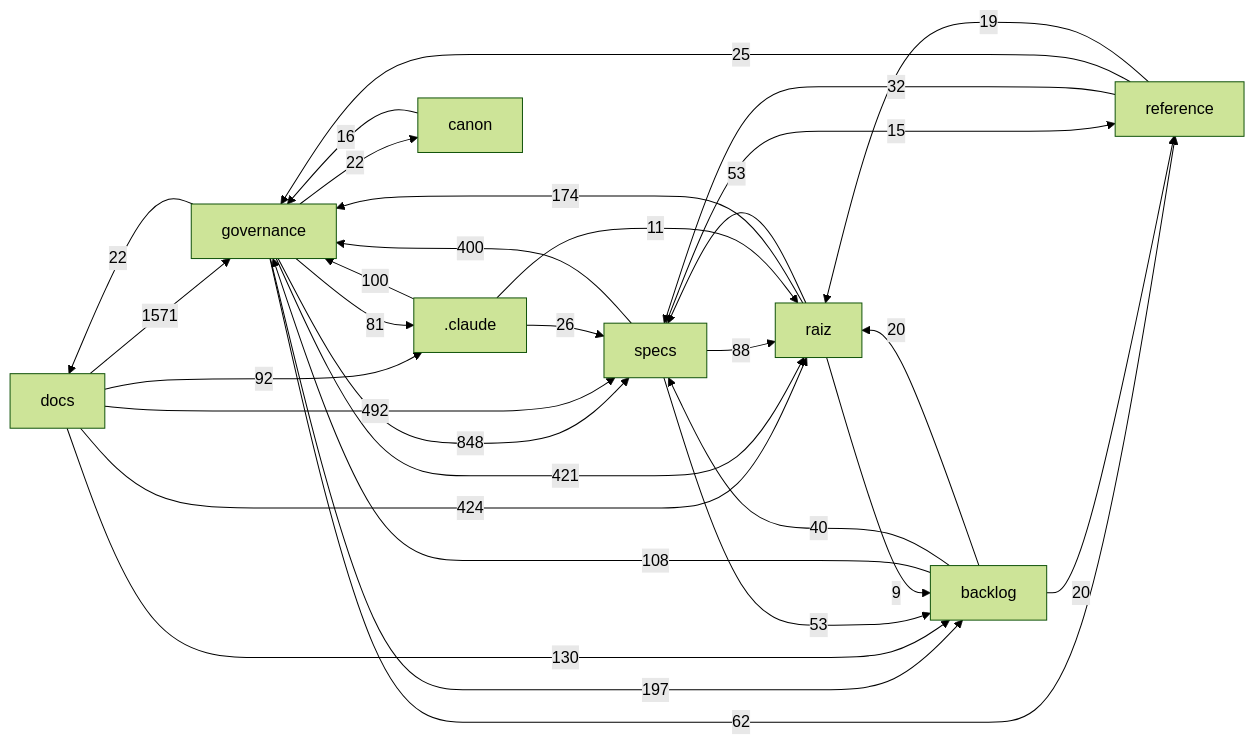
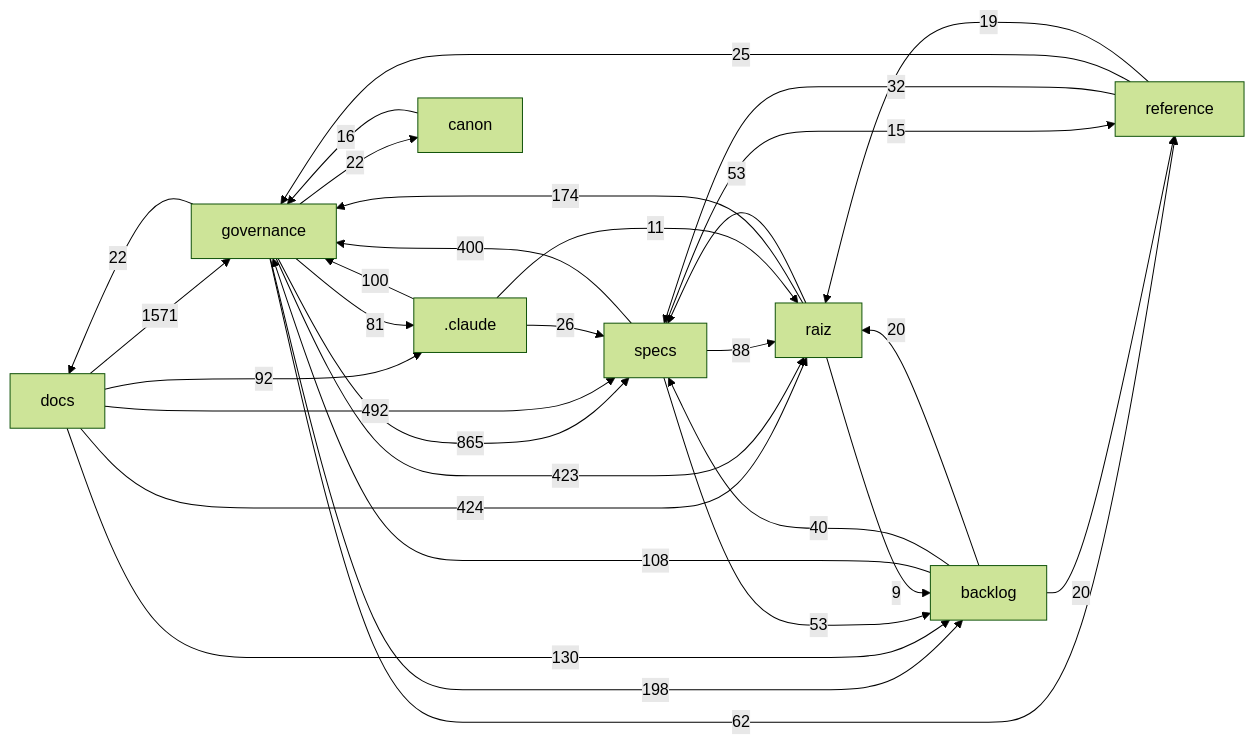
The diagram in docs/mapa/MAPA-PROJETO.md (Andraus35/Sistema-Operacional-de-Trading--SOT), drawn with Mermaid (forest theme) before and after one commit. The commit also changed other lines of this file and 2 other files, not shown here.

````diff
--- a/docs/mapa/MAPA-PROJETO.md
+++ b/docs/mapa/MAPA-PROJETO.md
@@ -29,33 +29,33 @@
 ```mermaid
 flowchart LR
   docs["docs"] -->|1571| governance["governance"]
-  governance["governance"] -->|848| specs["specs"]
+  governance["governance"] -->|865| specs["specs"]
   docs["docs"] -->|492| specs["specs"]
   docs["docs"] -->|424| raiz["raiz"]
-  governance["governance"] -->|421| raiz["raiz"]
+  governance["governance"] -->|423| raiz["raiz"]
   specs["specs"] -->|400| governance["governance"]
-  governance["governance"] -->|197| backlog["backlog"]
+  governance["governance"] -->|198| backlog["backlog"]
   raiz["raiz"] -->|174| governance["governance"]
   docs["docs"] -->|130| backlog["backlog"]
   backlog["backlog"] -->|108| governance["governance"]
   _claude[".claude"] -->|100| governance["governance"]
   docs["docs"] -->|92| _claude[".claude"]
   specs["specs"] -->|88| raiz["raiz"]
   governance["governance"] -->|81| _claude[".claude"]
   governance["governance"] -->|62| reference["reference"]
   raiz["raiz"] -->|53| specs["specs"]
   specs["specs"] -->|53| backlog["backlog"]
   backlog["backlog"] -->|40| specs["specs"]
   reference["reference"] -->|32| specs["specs"]
   _claude[".claude"] -->|26| specs["specs"]
   reference["reference"] -->|25| governance["governance"]
   governance["governance"] -->|22| docs["docs"]
   governance["governance"] -->|22| canon["canon"]
   backlog["backlog"] -->|20| raiz["raiz"]
   backlog["backlog"] -->|20| reference["reference"]
   reference["reference"] -->|19| raiz["raiz"]
   canon["canon"] -->|16| governance["governance"]
   specs["specs"] -->|15| reference["reference"]
   _claude[".claude"] -->|11| raiz["raiz"]
   raiz["raiz"] -->|9| backlog["backlog"]
 ```
````
